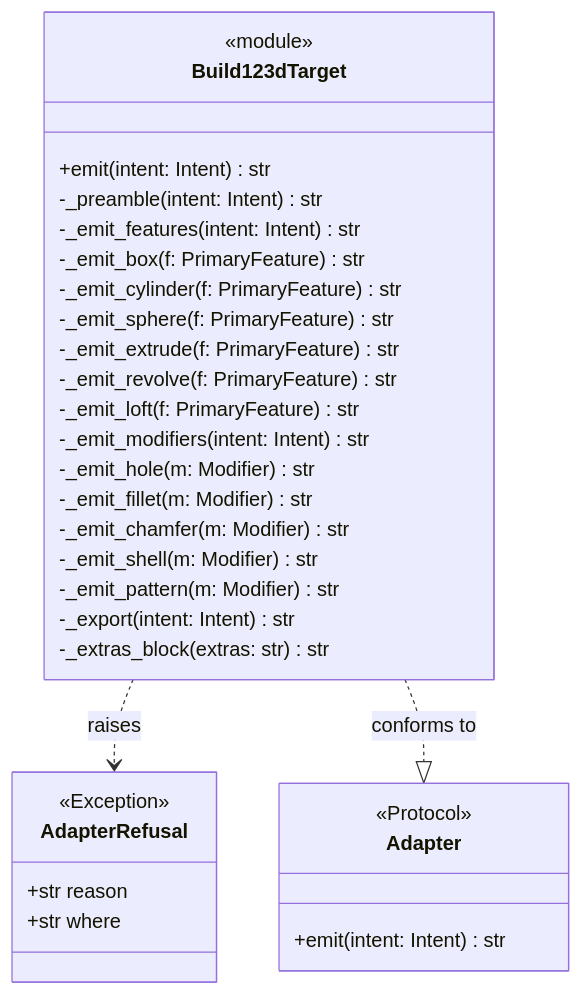
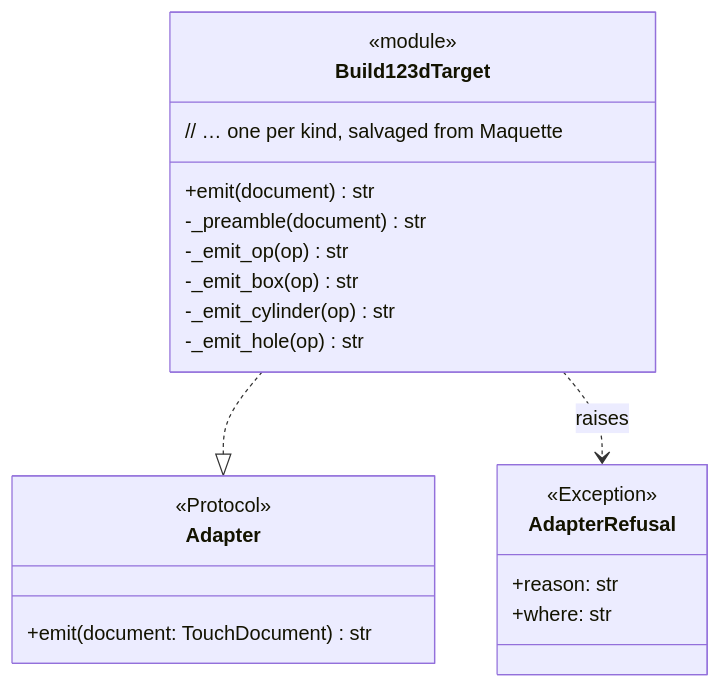
The third of 5 diagrams in docs/02-classes.md (vandpaolo/touch), drawn with Mermaid before and after one commit. The commit also changed other lines of this file and 10 other files, not shown here.

First line of the commit message:
docs: re-baseline architecture for Touch (/pm-architecture)

````diff
--- a/docs/02-classes.md
+++ b/docs/02-classes.md
@@ -73,34 +166,24 @@
 ```mermaid
 classDiagram
     class Adapter {
         <<Protocol>>
-        +emit(intent: Intent) str
+        +emit(document: TouchDocument) str
     }
     class AdapterRefusal {
         <<Exception>>
-        +str reason
-        +str where
+        +reason: str
+        +where: str
     }
     class Build123dTarget {
         <<module>>
-        +emit(intent: Intent) str
-        -_preamble(intent: Intent) str
-        -_emit_features(intent: Intent) str
-        -_emit_box(f: PrimaryFeature) str
-        -_emit_cylinder(f: PrimaryFeature) str
-        -_emit_sphere(f: PrimaryFeature) str
-        -_emit_extrude(f: PrimaryFeature) str
-        -_emit_revolve(f: PrimaryFeature) str
-        -_emit_loft(f: PrimaryFeature) str
-        -_emit_modifiers(intent: Intent) str
-        -_emit_hole(m: Modifier) str
-        -_emit_fillet(m: Modifier) str
-        -_emit_chamfer(m: Modifier) str
-        -_emit_shell(m: Modifier) str
-        -_emit_pattern(m: Modifier) str
-        -_export(intent: Intent) str
-        -_extras_block(extras: str) str
+        +emit(document) str
+        -_preamble(document) str
+        -_emit_op(op) str
+        -_emit_box(op) str
+        -_emit_cylinder(op) str
+        -_emit_hole(op) str
+        // … one per kind, salvaged from Maquette
     }
+    Build123dTarget ..|> Adapter
     Build123dTarget ..> AdapterRefusal : raises
-    Build123dTarget ..|> Adapter : conforms to
 ```
````
